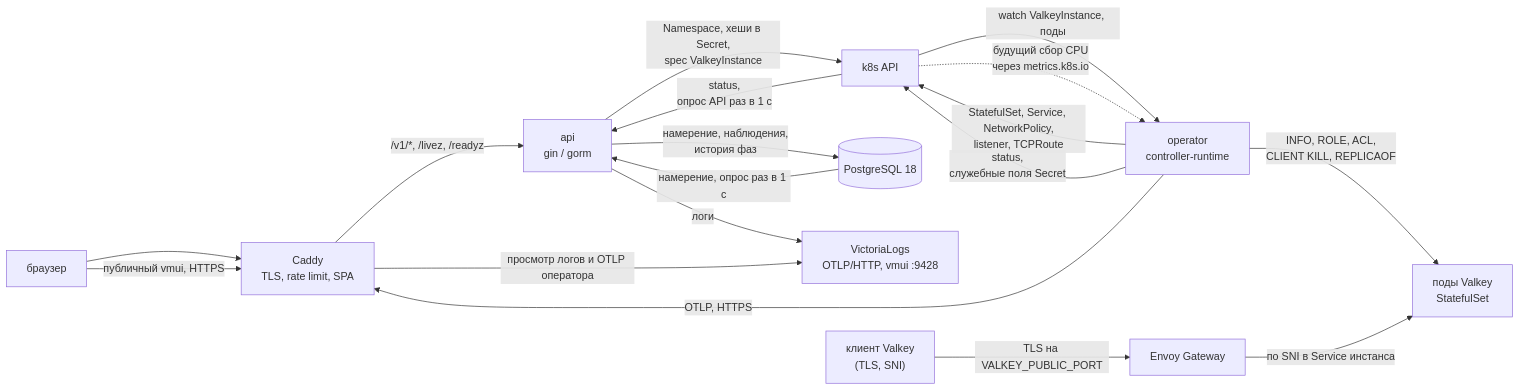
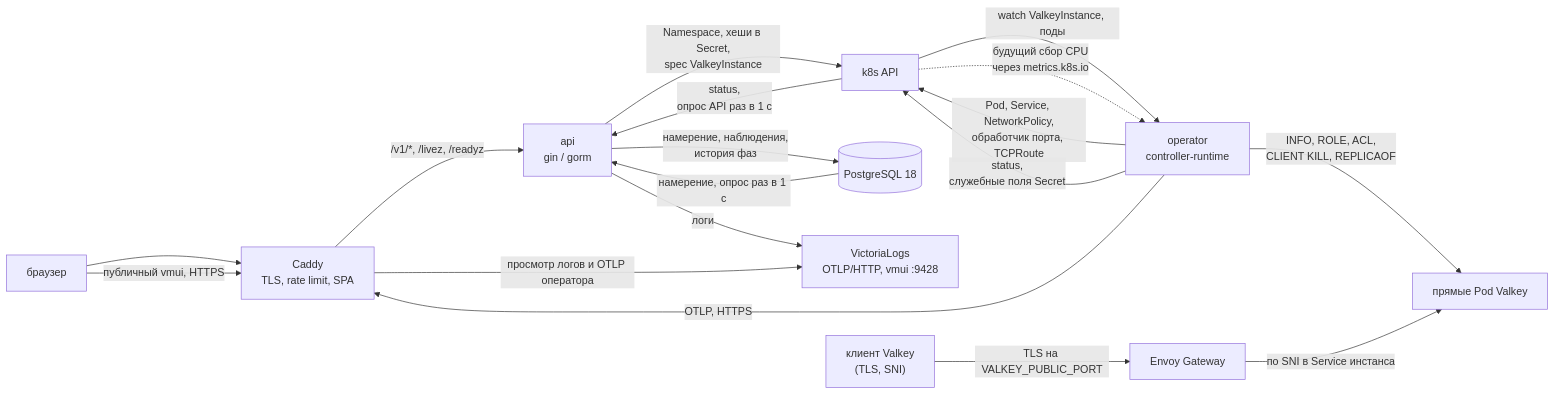
The first of 2 diagrams in SYSTEM.md (RostislavDugin/managed-valkey), drawn with Mermaid before and after one commit. The commit also changed other lines of this file and 40 other files, not shown here.

Commit message:
feat(operator): управлять процессами Valkey напрямую

````diff
--- a/SYSTEM.md
+++ b/SYSTEM.md
@@ -119,31 +119,31 @@
 ```mermaid
 flowchart LR
     client["клиент Valkey<br/>(TLS, SNI)"]
     browser["браузер"]
     caddy["Caddy<br/>TLS, rate limit, SPA"]
     api["api<br/>gin / gorm"]
     pg[("PostgreSQL 18")]
     vl["VictoriaLogs<br/>OTLP/HTTP, vmui :9428"]
     k8s["k8s API"]
     operator["operator<br/>controller-runtime"]
     gw["Envoy Gateway"]
-    pods["поды Valkey<br/>StatefulSet"]
+    pods["прямые Pod Valkey"]
 
     browser --> caddy
     caddy -- "/v1/*, /livez, /readyz" --> api
     api -- "намерение, наблюдения,<br/>история фаз" --> pg
     pg -- "намерение, опрос раз в 1 с" --> api
     api -- "Namespace, хеши в Secret,<br/>spec ValkeyInstance" --> k8s
     k8s -- "status,<br/>опрос API раз в 1 с" --> api
     k8s -- "watch ValkeyInstance, поды" --> operator
-    operator -- "StatefulSet, Service, NetworkPolicy,<br/>listener, TCPRoute" --> k8s
+    operator -- "Pod, Service, NetworkPolicy,<br/>обработчик порта, TCPRoute" --> k8s
     operator -- "INFO, ROLE, ACL,<br/>CLIENT KILL, REPLICAOF" --> pods
     operator -- "status,<br/>служебные поля Secret" --> k8s
     k8s -. "будущий сбор CPU<br/>через metrics.k8s.io" .-> operator
     api -- "логи" --> vl
     operator -- "OTLP, HTTPS" --> caddy
     browser -- "публичный vmui, HTTPS" --> caddy
     caddy -- "просмотр логов и OTLP оператора" --> vl
     client -- "TLS на VALKEY_PUBLIC_PORT" --> gw
     gw -- "по SNI в Service инстанса" --> pods
 ```
````
